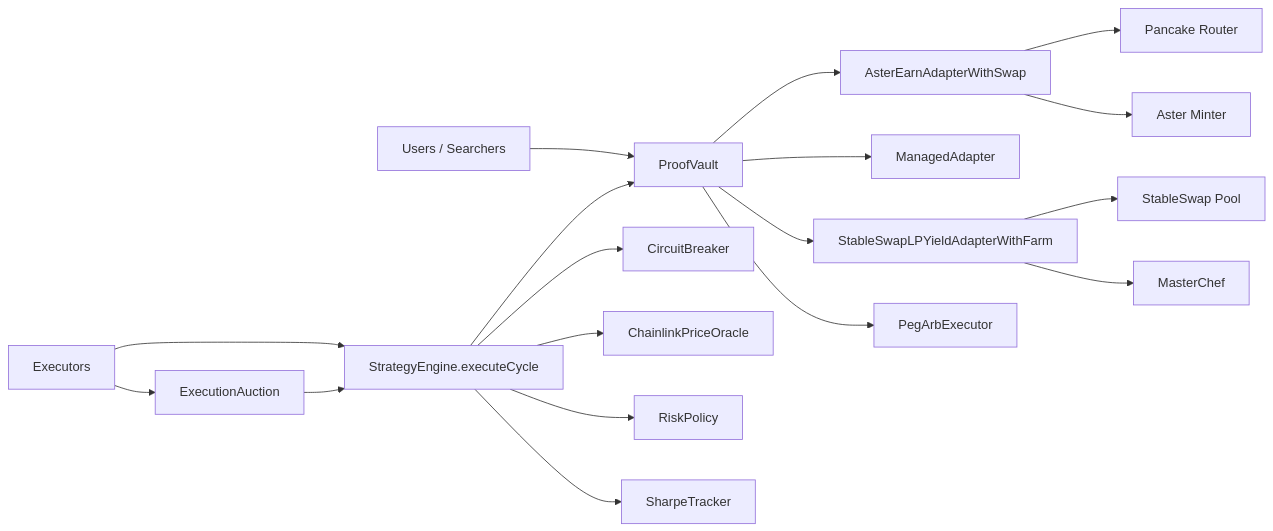
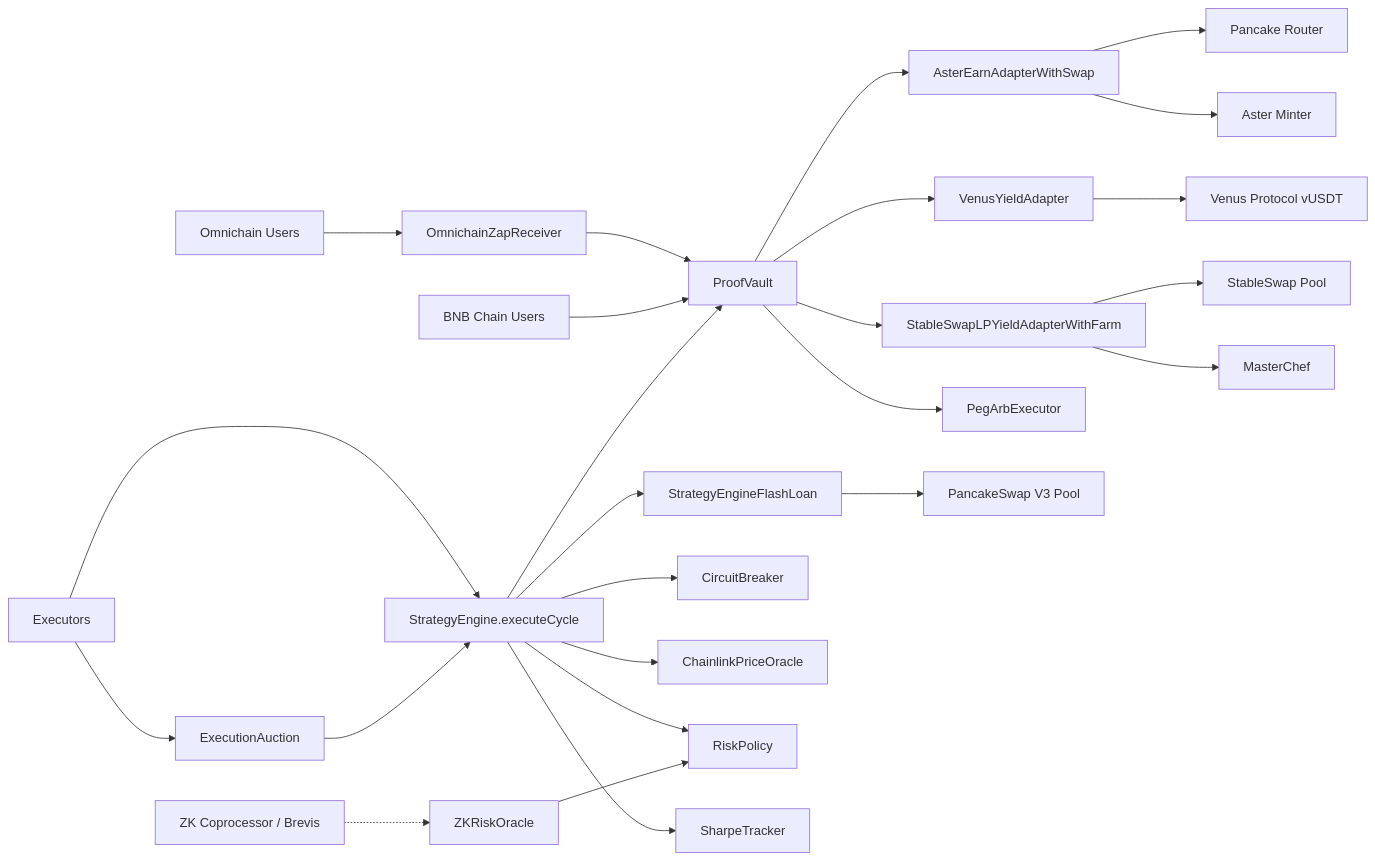
Before and after one commit to anhquan075/asterpilot-proofvault: the first of 2 diagrams in README.md, drawn with Mermaid. The commit also changed other lines of this file and 20 other files, not shown here.

First line of the commit message:
feat: upgrade to v3 institutional architecture

````diff
--- a/README.md
+++ b/README.md
@@ -45,23 +48,31 @@
 ```mermaid
 graph LR
-    User[Users / Searchers] --> Vault[ProofVault]
+    L2User[Omnichain Users] --> Zap[OmnichainZapReceiver]
+    Zap --> Vault[ProofVault]
+    User[BNB Chain Users] --> Vault
     Searcher[Executors] --> Engine[StrategyEngine.executeCycle]
     Searcher --> Auction[ExecutionAuction]
 
     Auction --> Engine
+    Engine --> Flash[StrategyEngineFlashLoan]
     Engine --> Breaker[CircuitBreaker]
     Engine --> Oracle[ChainlinkPriceOracle]
     Engine --> Policy[RiskPolicy]
     Engine --> Sharpe[SharpeTracker]
     Engine --> Vault
 
+    ZKCoprocessor[ZK Coprocessor / Brevis] -.-> ZKOracle[ZKRiskOracle]
+    ZKOracle --> Policy
+
     Vault --> Aster[AsterEarnAdapterWithSwap]
-    Vault --> Secondary[ManagedAdapter]
+    Vault --> Secondary[VenusYieldAdapter]
     Vault --> LP[StableSwapLPYieldAdapterWithFarm]
     Vault --> Arb[PegArbExecutor]
 
     Aster --> Router[Pancake Router]
     Aster --> Minter[Aster Minter]
     LP --> Pool[StableSwap Pool]
     LP --> Chef[MasterChef]
+    Secondary --> Venus[Venus Protocol vUSDT]
+    Flash --> PCSv3[PancakeSwap V3 Pool]
 ```
````
